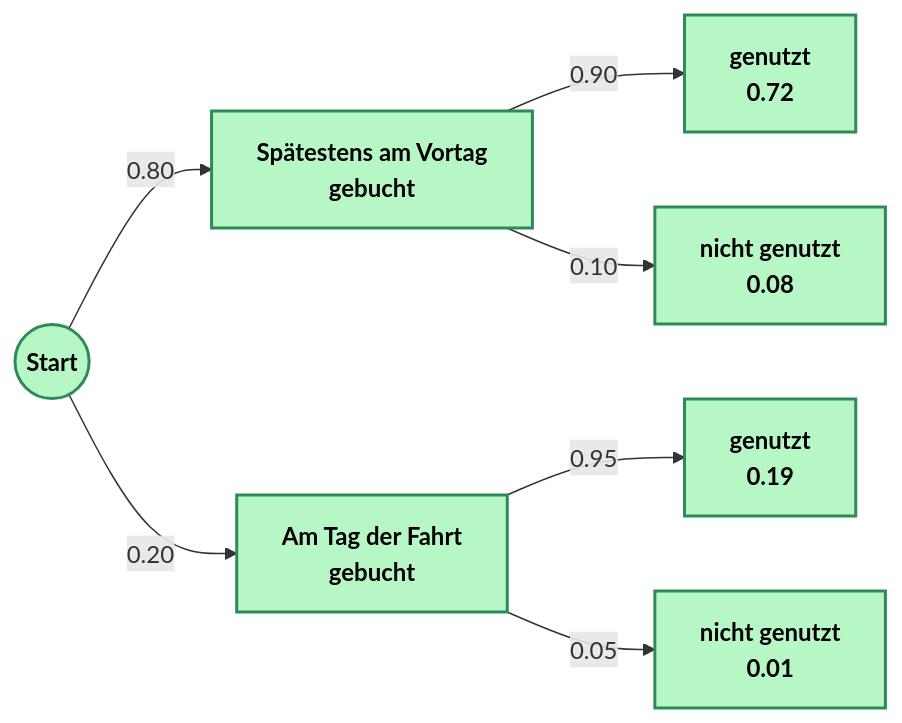
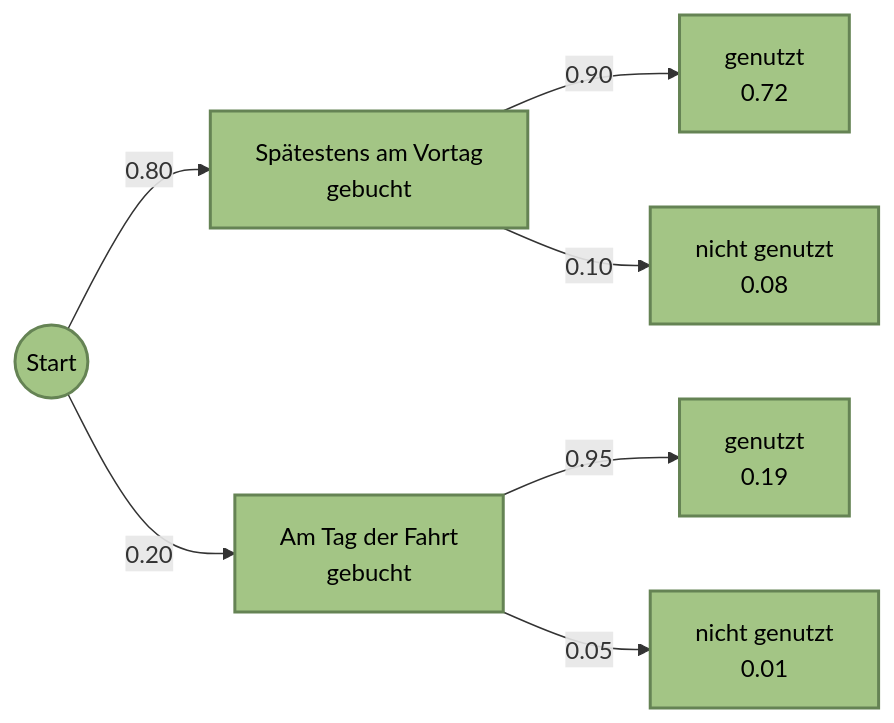
One commit to Deniz467/docs changed the diagram in examples/naturparktouristen.mdx. Above: the diagram before and after it, drawn with Mermaid. The commit also changed other lines of this file, not shown here.

````diff
--- a/examples/naturparktouristen.mdx
+++ b/examples/naturparktouristen.mdx
@@ -110,15 +114,15 @@
-  ```mermaid
-  graph LR
-    classDef green fill:#b7f7c5,stroke:#2e8b57,stroke-width:2px,color:#000,font-weight:bold;
-  
-    Start((Start)):::green
-  
-    Start -->|0.80| BV[Spätestens am Vortag<br>gebucht]:::green
-    Start -->|0.20| BT[Am Tag der Fahrt<br>gebucht]:::green
-  
-    BV -->|0.90| BV_G[genutzt<br>0.72]:::green
-    BV -->|0.10| BV_N[nicht genutzt<br>0.08]:::green
-  
-    BT -->|0.95| BT_G[genutzt<br>0.19]:::green
-    BT -->|0.05| BT_N[nicht genutzt<br>0.01]:::green
-  ```
+    ```mermaid
+    graph LR
+      classDef green fill:#a3c585,stroke:#658354,stroke-width:2px,color:#000;
+    
+      Start((Start)):::green
+    
+      Start -->|0.80| BV[Spätestens am Vortag<br>gebucht]:::green
+      Start -->|0.20| BT[Am Tag der Fahrt<br>gebucht]:::green
+    
+      BV -->|0.90| BV_G[genutzt<br>0.72]:::green
+      BV -->|0.10| BV_N[nicht genutzt<br>0.08]:::green
+    
+      BT -->|0.95| BT_G[genutzt<br>0.19]:::green
+      BT -->|0.05| BT_N[nicht genutzt<br>0.01]:::green
+    ```
````
